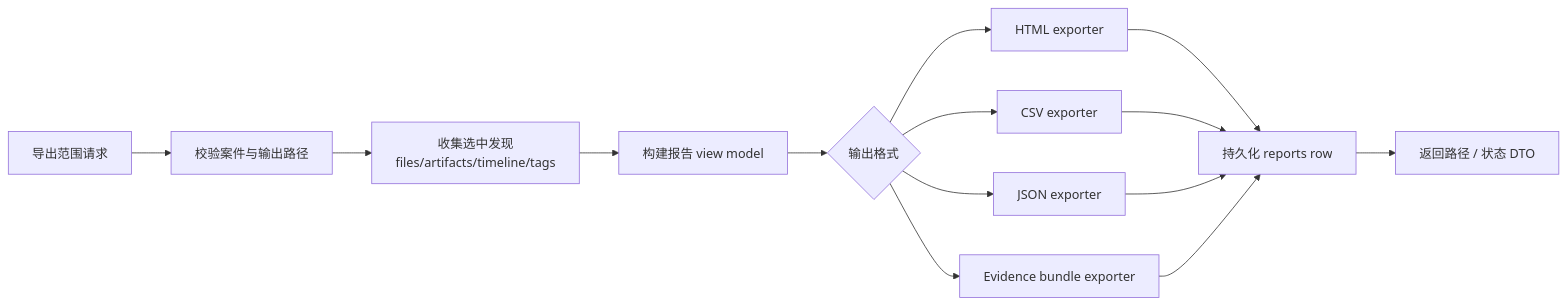
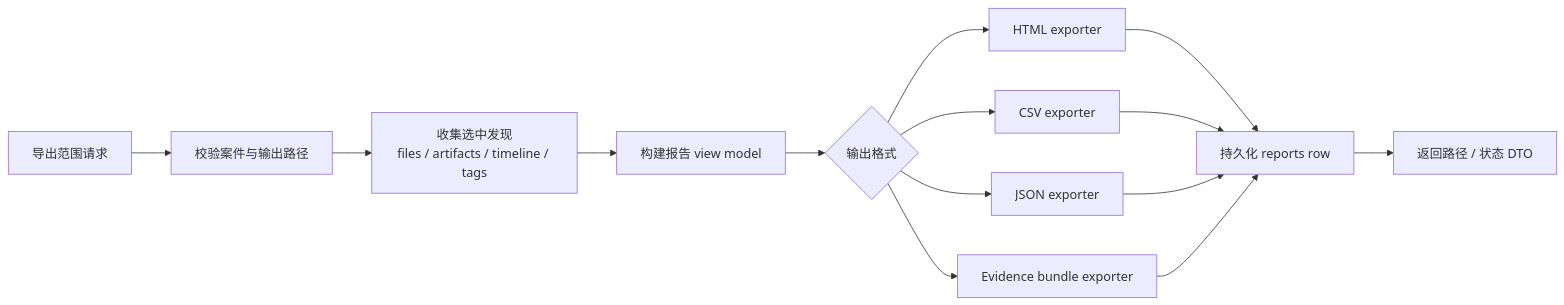
Before and after one commit to lQ-A-Ql/meow-detective: diagram 12 of 14 in docs/model-architecture-algorithm-diagrams.md, drawn with Mermaid. The commit also changed other lines of this file and 70 other files, not shown here.

````diff
--- a/docs/model-architecture-algorithm-diagrams.md
+++ b/docs/model-architecture-algorithm-diagrams.md
@@ -392,25 +423,25 @@
 ```mermaid
 flowchart LR
   Request["导出范围请求"]
   Validate["校验案件与输出路径"]
-  Collect["收集选中发现<br/>files/artifacts/timeline/tags"]
+  Collect["收集选中发现<br/>files / artifacts / timeline / tags"]
   ViewModel["构建报告 view model"]
   Render{"输出格式"}
   Html["HTML exporter"]
   Csv["CSV exporter"]
   Json["JSON exporter"]
   Bundle["Evidence bundle exporter"]
   Persist["持久化 reports row"]
   Result["返回路径 / 状态 DTO"]
 
   Request --> Validate --> Collect --> ViewModel --> Render
   Render --> Html
   Render --> Csv
   Render --> Json
   Render --> Bundle
   Html --> Persist
   Csv --> Persist
   Json --> Persist
   Bundle --> Persist
   Persist --> Result
 ```
````
